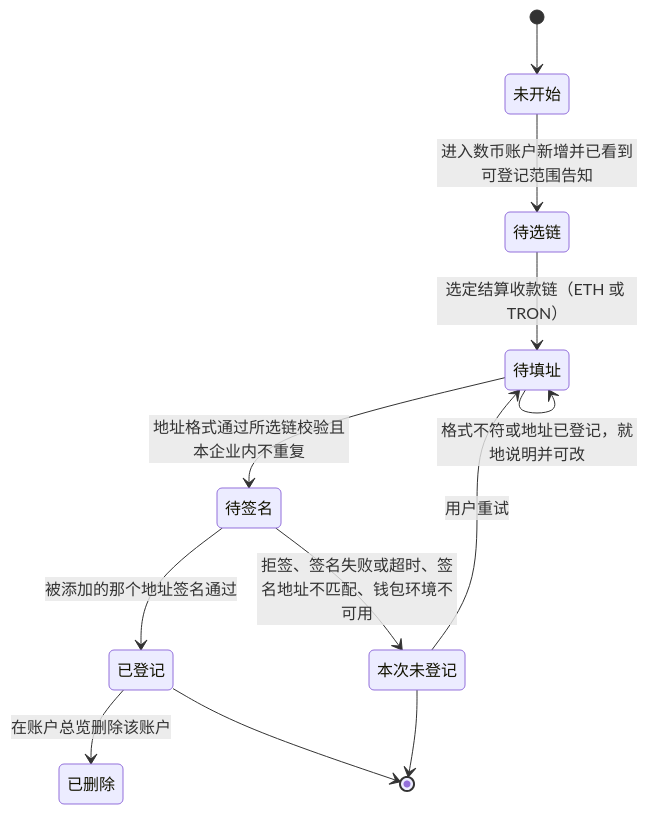
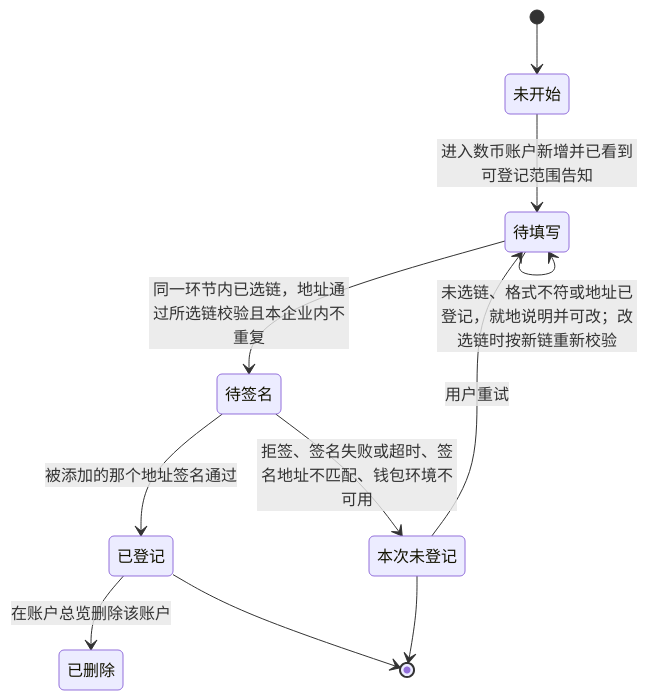
Before and after one commit to wxblockchain/Chain-Financing: the sixth of 7 diagrams in lending-platform/PRD/面客端/03-企业账户/02-企业账户-流程图与状态机.md, drawn with Mermaid. The commit also changed other lines of this file and 7 other files, not shown here.

````diff
--- a/lending-platform/PRD/面客端/03-企业账户/02-企业账户-流程图与状态机.md
+++ b/lending-platform/PRD/面客端/03-企业账户/02-企业账户-流程图与状态机.md
@@ -146,14 +142,13 @@
 ```mermaid
 stateDiagram-v2
     [*] --> 未开始
-    未开始 --> 待选链: 进入数币账户新增并已看到可登记范围告知
-    待选链 --> 待填址: 选定结算收款链（ETH 或 TRON）
-    待填址 --> 待签名: 地址格式通过所选链校验且本企业内不重复
-    待填址 --> 待填址: 格式不符或地址已登记，就地说明并可改
+    未开始 --> 待填写: 进入数币账户新增并已看到可登记范围告知
+    待填写 --> 待签名: 同一环节内已选链，地址通过所选链校验且本企业内不重复
+    待填写 --> 待填写: 未选链、格式不符或地址已登记，就地说明并可改；改选链时按新链重新校验
     待签名 --> 已登记: 被添加的那个地址签名通过
     待签名 --> 本次未登记: 拒签、签名失败或超时、签名地址不匹配、钱包环境不可用
-    本次未登记 --> 待填址: 用户重试
+    本次未登记 --> 待填写: 用户重试
     已登记 --> 已删除: 在账户总览删除该账户
     已登记 --> [*]
     本次未登记 --> [*]
 ```
````
